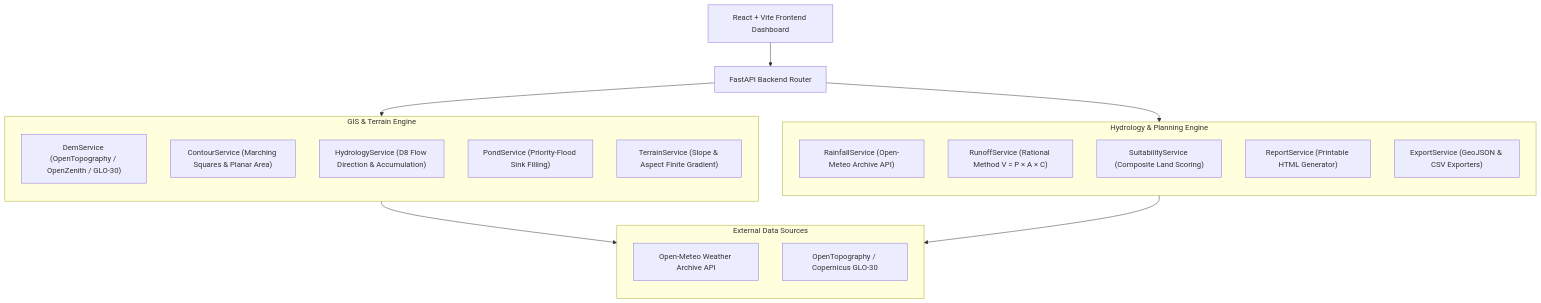
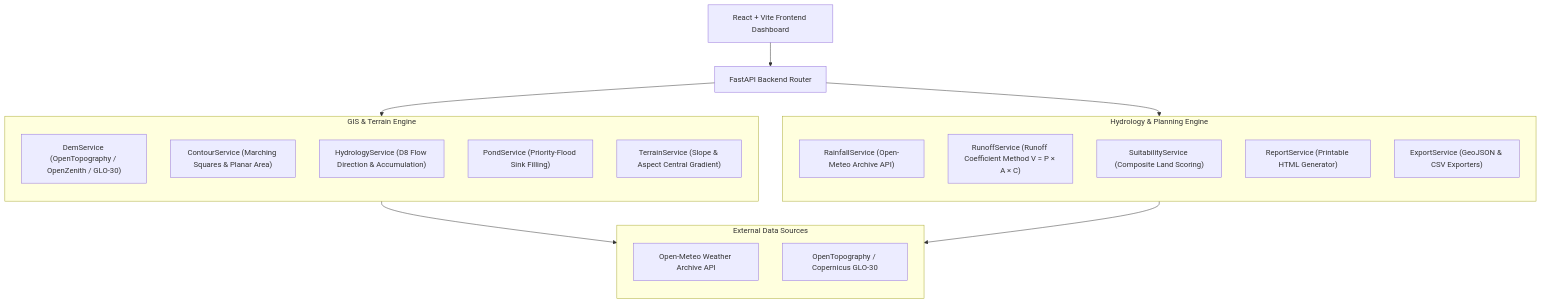
Before and after one commit to Abhigyan6091/Pond-Planning-System: the diagram in README.md, drawn with Mermaid. The commit also changed other lines of this file and 7 other files, not shown here.

Commit message:
fix: academic-accuracy corrections - Runoff Coefficient Method, central finite differences, raster stage-storage, Shoelace formula, Perlin test scope clarification

````diff
--- a/README.md
+++ b/README.md
@@ -45,35 +45,35 @@
 ```mermaid
 flowchart TD
     Client["React + Vite Frontend Dashboard"]
     API["FastAPI Backend Router"]
 
     subgraph GIS_Engine["GIS & Terrain Engine"]
         direction TB
         DEM["DemService (OpenTopography / OpenZenith / GLO-30)"]
         Contour["ContourService (Marching Squares & Planar Area)"]
         Hydro["HydrologyService (D8 Flow Direction & Accumulation)"]
         Pond["PondService (Priority-Flood Sink Filling)"]
-        Terrain["TerrainService (Slope & Aspect Finite Gradient)"]
+        Terrain["TerrainService (Slope & Aspect Central Gradient)"]
     end
 
     subgraph Planning_Engine["Hydrology & Planning Engine"]
         direction TB
         Rain["RainfallService (Open-Meteo Archive API)"]
-        Runoff["RunoffService (Rational Method V = P × A × C)"]
+        Runoff["RunoffService (Runoff Coefficient Method V = P × A × C)"]
         Suit["SuitabilityService (Composite Land Scoring)"]
         Report["ReportService (Printable HTML Generator)"]
         Export["ExportService (GeoJSON & CSV Exporters)"]
     end
 
     subgraph External_Services["External Data Sources"]
         direction TB
         ExtRain["Open-Meteo Weather Archive API"]
         ExtDEM["OpenTopography / Copernicus GLO-30"]
     end
 
     Client --> API
     API --> GIS_Engine
     API --> Planning_Engine
     GIS_Engine --> ExtDEM
     Planning_Engine --> ExtRain
 ```
````
